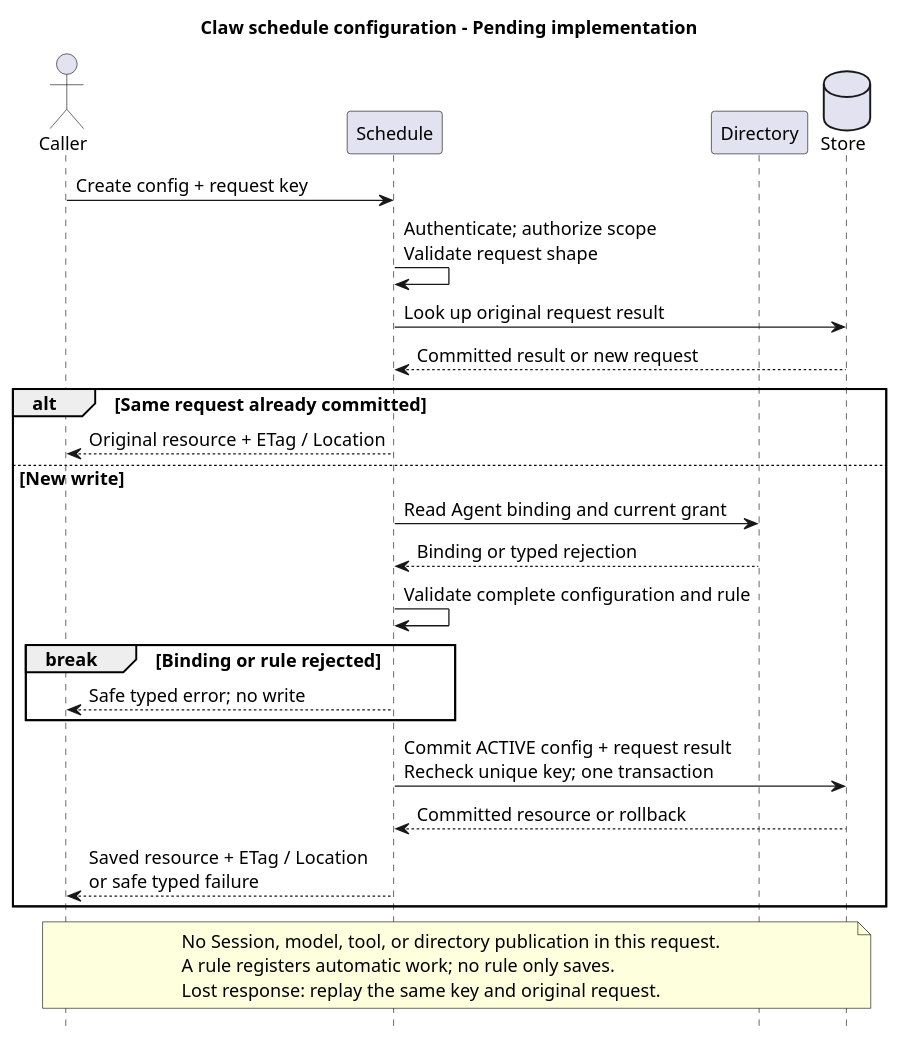
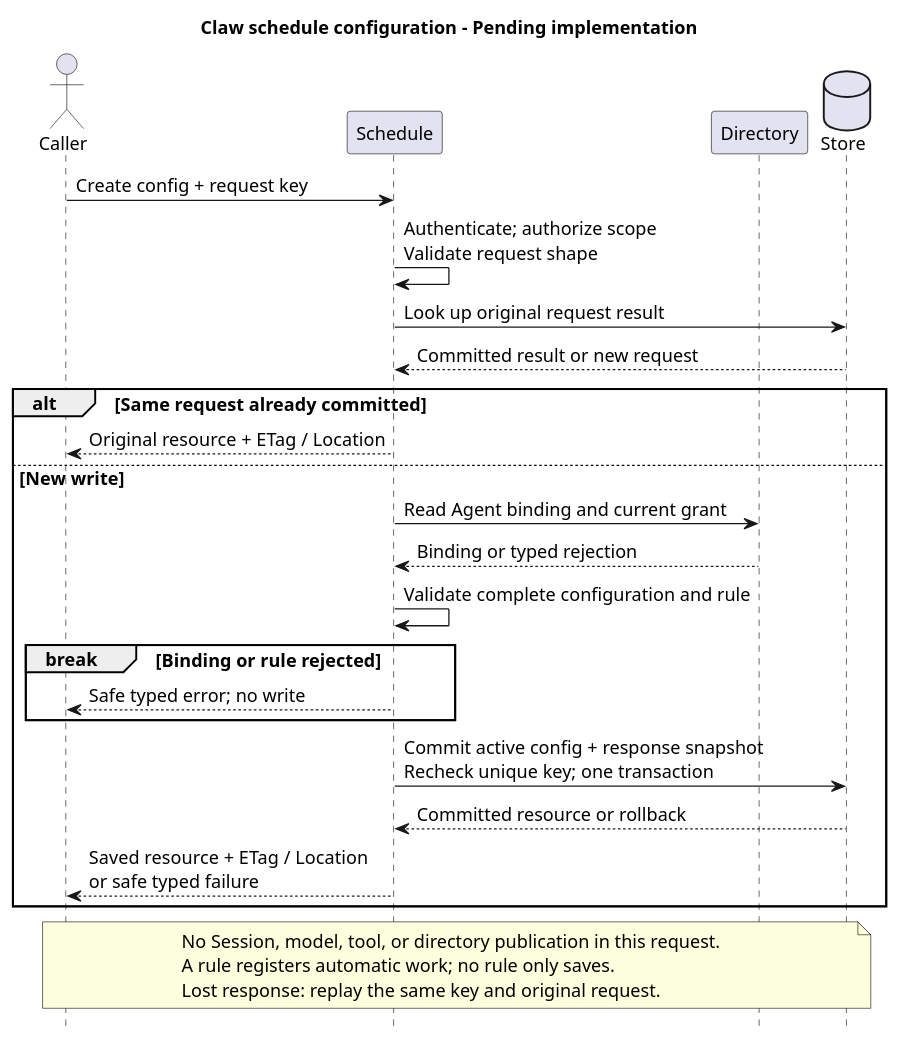
The third of 3 diagrams in 01-总体架构/08-CampusClaw定时任务/diagram.puml (ssm0808/pi-mono-java-design), drawn with PlantUML before and after one commit. The commit also changed 6 other files, not shown here.

```diff
--- a/01-总体架构/08-CampusClaw定时任务/diagram.puml
+++ b/01-总体架构/08-CampusClaw定时任务/diagram.puml
@@ -130,38 +130,38 @@
 @startuml schedule_configuration_save
 ' Target: Pending implementation; Claw configuration request, no in-request execution.
 ' Evidence: pi-mono-java 553dcd5e2ff682f9684810a043b442b37a02e54a
 ' modules/cron/src/main/java/com/campusclaw/cron/CronService.java createJob
 ' modules/cron/src/main/java/com/campusclaw/cron/store/CronStore.java saveUnsafe
 ' modules/coding-agent-cli/src/main/java/com/campusclaw/codingagent/runtime/AgentRuntimeManager.java prepare
 ' Design reason: one Claw contract, durable replay, read-only binding checks.
 title Claw schedule configuration - Pending implementation
 skinparam backgroundColor white
 skinparam defaultFontSize 14
 hide footbox
 actor Caller
 participant Schedule
 participant Directory
 database Store
 Caller -> Schedule : Create config + request key
 Schedule -> Schedule : Authenticate; authorize scope\nValidate request shape
 Schedule -> Store : Look up original request result
 Store --> Schedule : Committed result or new request
 alt Same request already committed
   Schedule --> Caller : Original resource + ETag / Location
 else New write
   Schedule -> Directory : Read Agent binding and current grant
   Directory --> Schedule : Binding or typed rejection
   Schedule -> Schedule : Validate complete configuration and rule
   break Binding or rule rejected
     Schedule --> Caller : Safe typed error; no write
   end
-  Schedule -> Store : Commit ACTIVE config + request result\nRecheck unique key; one transaction
+  Schedule -> Store : Commit active config + response snapshot\nRecheck unique key; one transaction
   Store --> Schedule : Committed resource or rollback
   Schedule --> Caller : Saved resource + ETag / Location\nor safe typed failure
 end
 note over Caller, Store
   No Session, model, tool, or directory publication in this request.
   A rule registers automatic work; no rule only saves.
   Lost response: replay the same key and original request.
 end note
 @enduml
```
